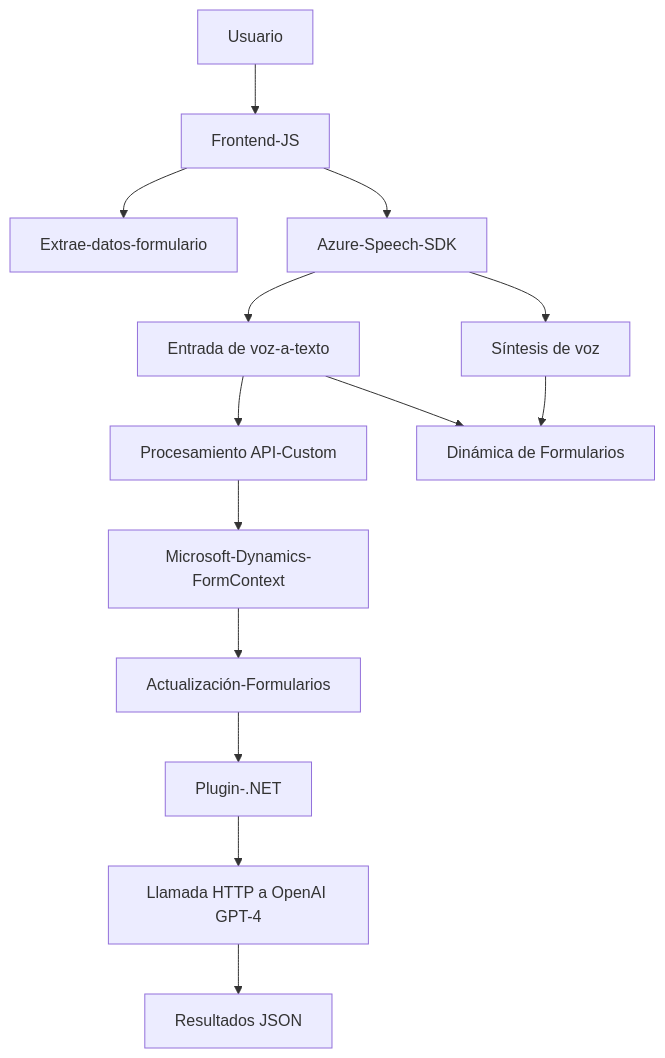
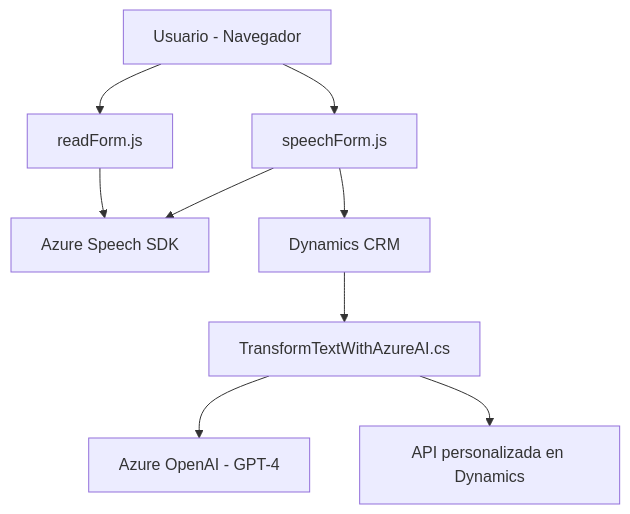
One commit to blopezdm/NETCORE_BILBAO2025 changed the diagram in README.md. Above: the diagram before and after it, drawn with Mermaid. The commit also changed other lines of this file, not shown here.

````diff
--- a/README.md
+++ b/README.md
@@ -41,16 +48,20 @@
 ```mermaid
 graph TD
-  A["Usuario"] --> B["Frontend-JS"]
-  B["Frontend-JS"] --> C["Extrae-datos-formulario"]
-  B --> D["Azure-Speech-SDK"]
-  D --> E["Entrada de voz-a-texto"]
-  D --> F["Síntesis de voz"]
-  E --> G["Procesamiento API-Custom"]
-  F --> H["Dinámica de Formularios"]
-  E --> H
-  G --> I["Microsoft-Dynamics-FormContext"]
-  I --> J["Actualización-Formularios"]
-  J --> K["Plugin-.NET"]
-  K --> L["Llamada HTTP a OpenAI GPT-4"]
-  L --> M["Resultados JSON"]
+    A["Usuario - Navegador"]
+    B["readForm.js"]
+    C["speechForm.js"]
+    D["TransformTextWithAzureAI.cs"]
+    E["Azure Speech SDK"]
+    F["Azure OpenAI - GPT-4"]
+    G["Dynamics CRM"]
+    H["API personalizada en Dynamics"]
+
+    A --> B
+    A --> C
+    B --> E
+    C --> E
+    C --> G
+    G --> D
+    D --> F
+    D --> H
 ```
````
